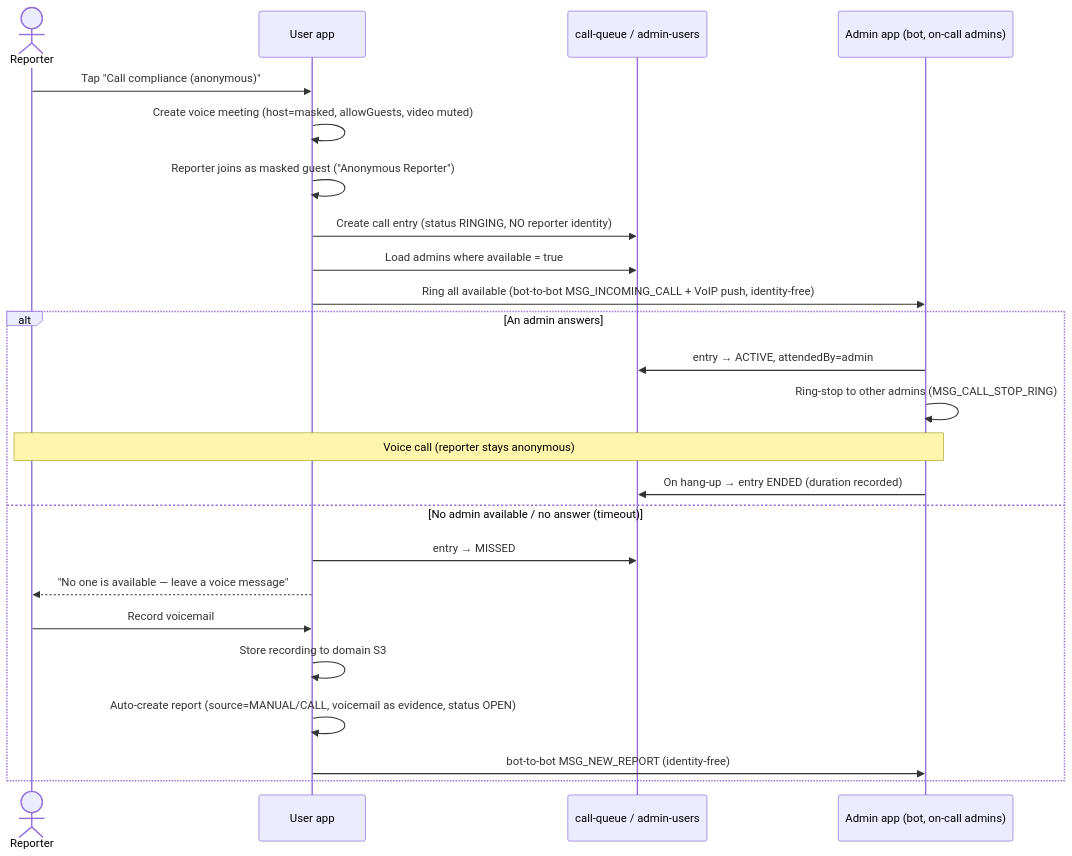
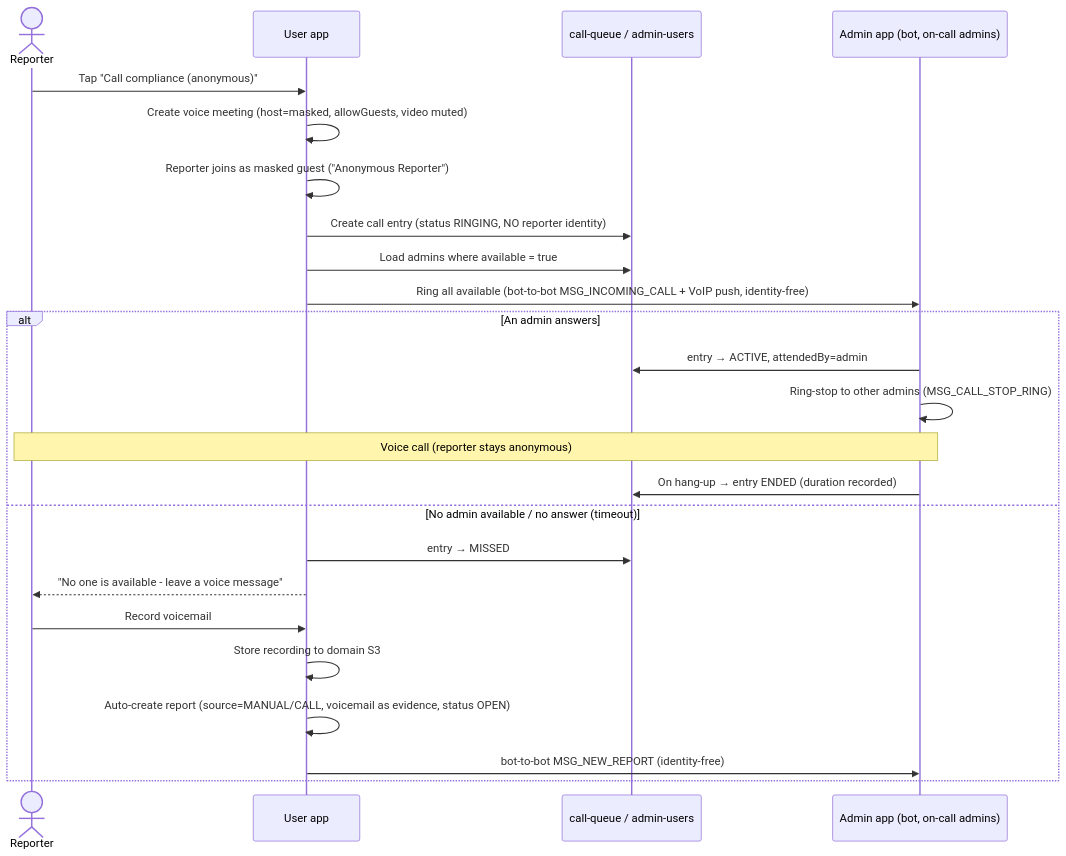
One commit to satyajakkampudi-dev/anonymous-reporting-system changed the eighth of 8 diagrams in REQUIREMENTS.md. Above: the diagram before and after it, drawn with Mermaid. The commit also changed other lines of this file and 193 other files, not shown here.

````diff
--- a/REQUIREMENTS.md
+++ b/REQUIREMENTS.md
@@ -405,26 +405,26 @@
 ```mermaid
 sequenceDiagram
     actor R as Reporter
     participant U as User app
     participant Q as call-queue / admin-users
     participant A as Admin app (bot, on-call admins)
     R->>U: Tap "Call compliance (anonymous)"
     U->>U: Create voice meeting (host=masked, allowGuests, video muted)
     U->>U: Reporter joins as masked guest ("Anonymous Reporter")
     U->>Q: Create call entry (status RINGING, NO reporter identity)
     U->>Q: Load admins where available = true
     U->>A: Ring all available (bot-to-bot MSG_INCOMING_CALL + VoIP push, identity-free)
     alt An admin answers
         A->>Q: entry → ACTIVE, attendedBy=admin
         A->>A: Ring-stop to other admins (MSG_CALL_STOP_RING)
         Note over R,A: Voice call (reporter stays anonymous)
         A->>Q: On hang-up → entry ENDED (duration recorded)
     else No admin available / no answer (timeout)
         U->>Q: entry → MISSED
-        U-->>R: "No one is available — leave a voice message"
+        U-->>R: "No one is available - leave a voice message"
         R->>U: Record voicemail
         U->>U: Store recording to domain S3
         U->>U: Auto-create report (source=MANUAL/CALL, voicemail as evidence, status OPEN)
         U->>A: bot-to-bot MSG_NEW_REPORT (identity-free)
     end
 ```
````
